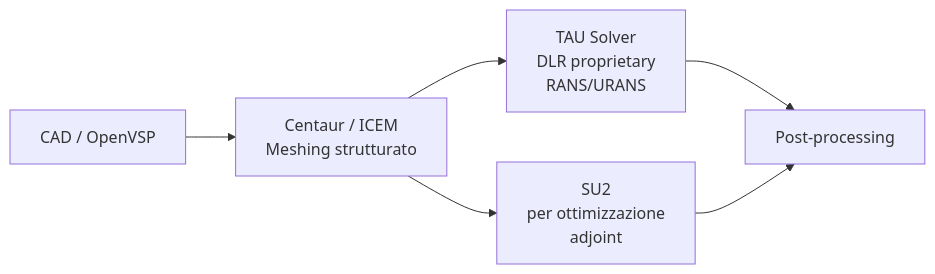
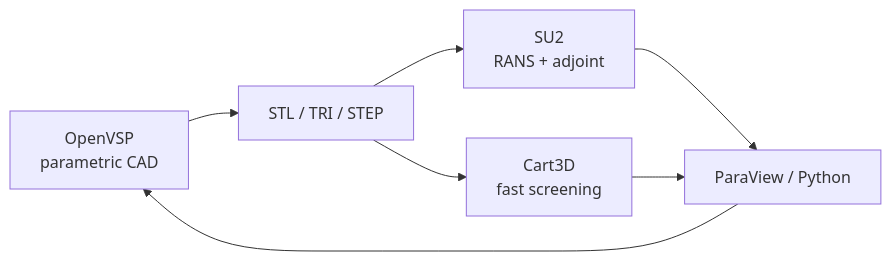
The eighth of 10 diagrams in airspeeder-aero-workflow/examples/industry_examples.md (293459/AeroWorkflow), drawn with Mermaid before and after one commit. The commit also changed other lines of this file and 1 other file, not shown here.

````diff
--- a/airspeeder-aero-workflow/examples/industry_examples.md
+++ b/airspeeder-aero-workflow/examples/industry_examples.md
@@ -98,8 +207,9 @@
 ```mermaid
 flowchart LR
-    A[CAD / OpenVSP] --> B[Centaur / ICEM\nMeshing strutturato]
-    B --> C[TAU Solver\nDLR proprietary\nRANS/URANS]
-    B --> C2[SU2\nper ottimizzazione\nadjoint]
-    C --> D[Post-processing]
-    C2 --> D
+    A[OpenVSP\nparametric CAD] --> B[STL / TRI / STEP]
+    B --> C[SU2\nRANS + adjoint]
+    B --> D[Cart3D\nfast screening]
+    C --> E[ParaView / Python]
+    D --> E
+    E --> A
 ```
````
